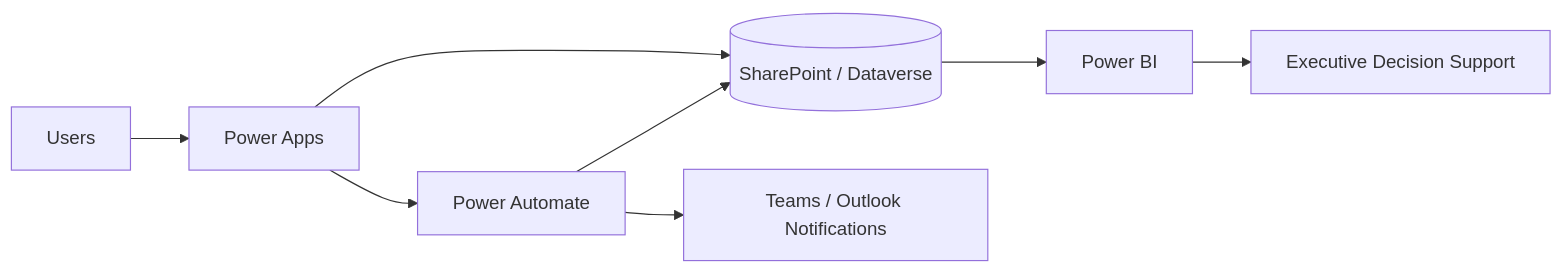
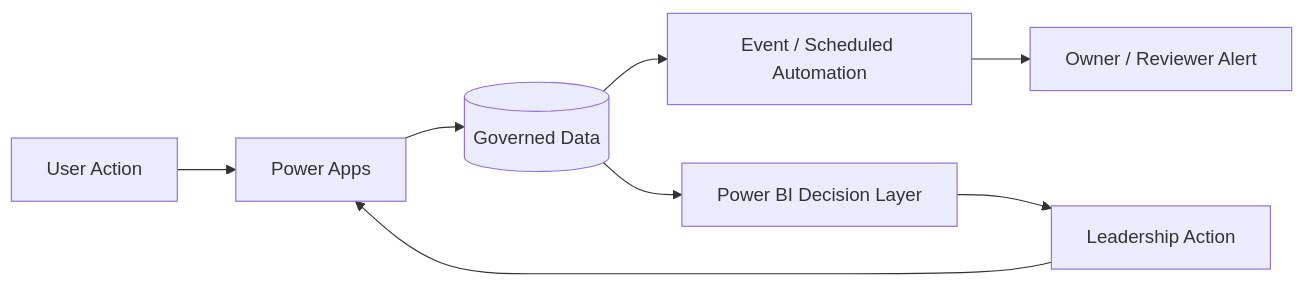
Before and after one commit to Faith144-72894/Faith-Paulding-Portfolio: the diagram in README.md, drawn with Mermaid. The commit also changed other lines of this file, not shown here.

````diff
--- a/README.md
+++ b/README.md
@@ -92,10 +56,10 @@
 ```mermaid
 flowchart LR
-    U[Users] --> PA[Power Apps]
-    PA --> DV[(SharePoint / Dataverse)]
-    PA --> FL[Power Automate]
-    FL --> DV
-    DV --> BI[Power BI]
-    FL --> NT[Teams / Outlook Notifications]
-    BI --> EX[Executive Decision Support]
+ U[User Action] --> APP[Power Apps]
+ APP --> DATA[(Governed Data)]
+ DATA --> FLOW[Event / Scheduled Automation]
+ FLOW --> ALERT[Owner / Reviewer Alert]
+ DATA --> BI[Power BI Decision Layer]
+ BI --> LEAD[Leadership Action]
+ LEAD --> APP
 ```
````
